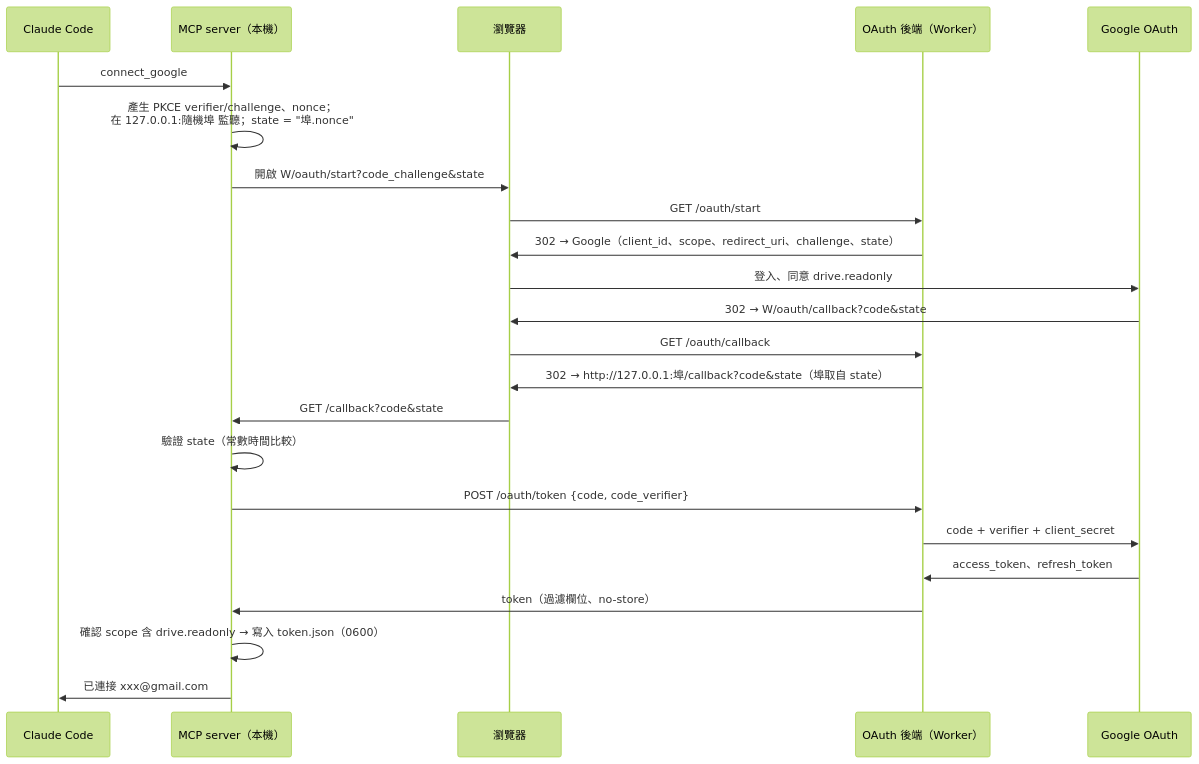
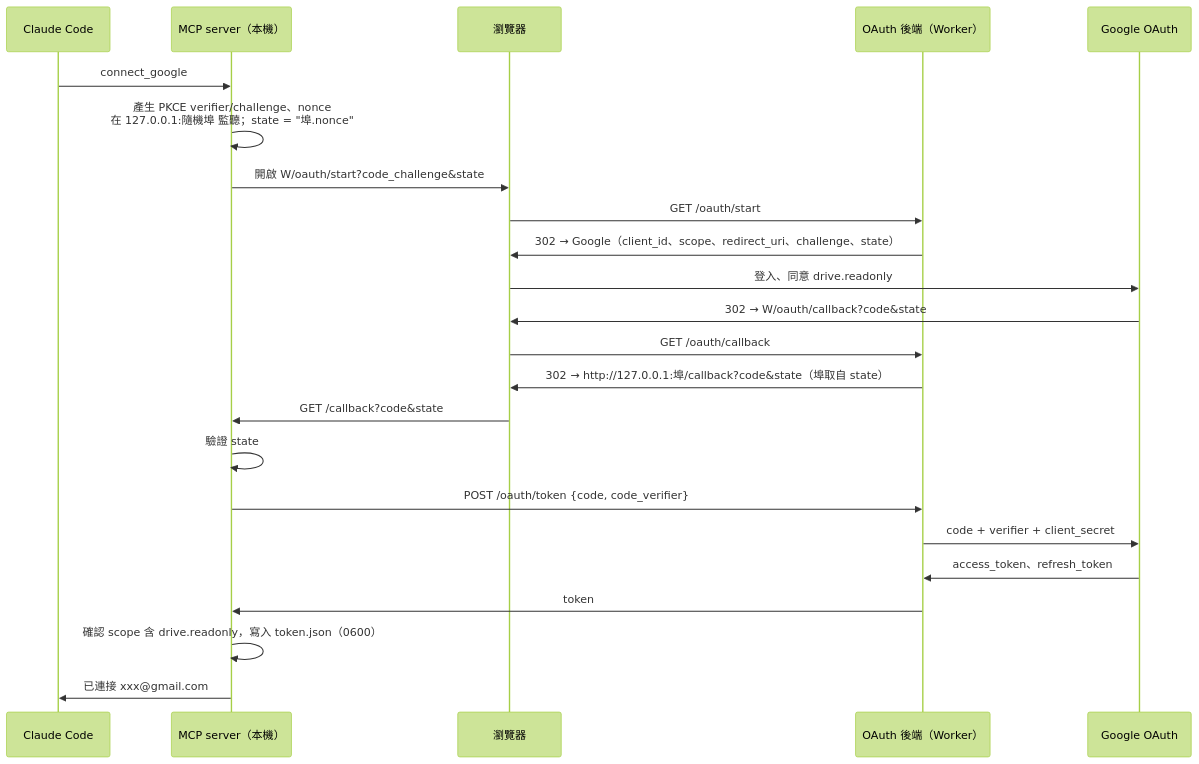
Before and after one commit to ADSFAaron/claude-gdrive-reader: the second of 3 diagrams in docs/ARCHITECTURE.md, drawn with Mermaid (forest theme). The commit also changed other lines of this file and 3 other files, not shown here.

First line of the commit message:
docs: diagrams, trimmed architecture notes, home and privacy pages

````diff
--- a/docs/ARCHITECTURE.md
+++ b/docs/ARCHITECTURE.md
@@ -27,25 +39,25 @@
 ```mermaid
 sequenceDiagram
     participant C as Claude Code
     participant M as MCP server（本機）
     participant B as 瀏覽器
     participant W as OAuth 後端（Worker）
     participant G as Google OAuth
     C->>M: connect_google
-    M->>M: 產生 PKCE verifier/challenge、nonce；<br/>在 127.0.0.1:隨機埠 監聽；state = "埠.nonce"
+    M->>M: 產生 PKCE verifier/challenge、nonce<br/>在 127.0.0.1:隨機埠 監聽；state = "埠.nonce"
     M->>B: 開啟 W/oauth/start?code_challenge&state
     B->>W: GET /oauth/start
     W->>B: 302 → Google（client_id、scope、redirect_uri、challenge、state）
     B->>G: 登入、同意 drive.readonly
     G->>B: 302 → W/oauth/callback?code&state
     B->>W: GET /oauth/callback
     W->>B: 302 → http://127.0.0.1:埠/callback?code&state（埠取自 state）
     B->>M: GET /callback?code&state
-    M->>M: 驗證 state（常數時間比較）
+    M->>M: 驗證 state
     M->>W: POST /oauth/token {code, code_verifier}
     W->>G: code + verifier + client_secret
     G->>W: access_token、refresh_token
-    W->>M: token（過濾欄位、no-store）
-    M->>M: 確認 scope 含 drive.readonly → 寫入 token.json（0600）
+    W->>M: token
+    M->>M: 確認 scope 含 drive.readonly，寫入 token.json（0600）
     M->>C: 已連接 xxx@gmail.com
 ```
````
